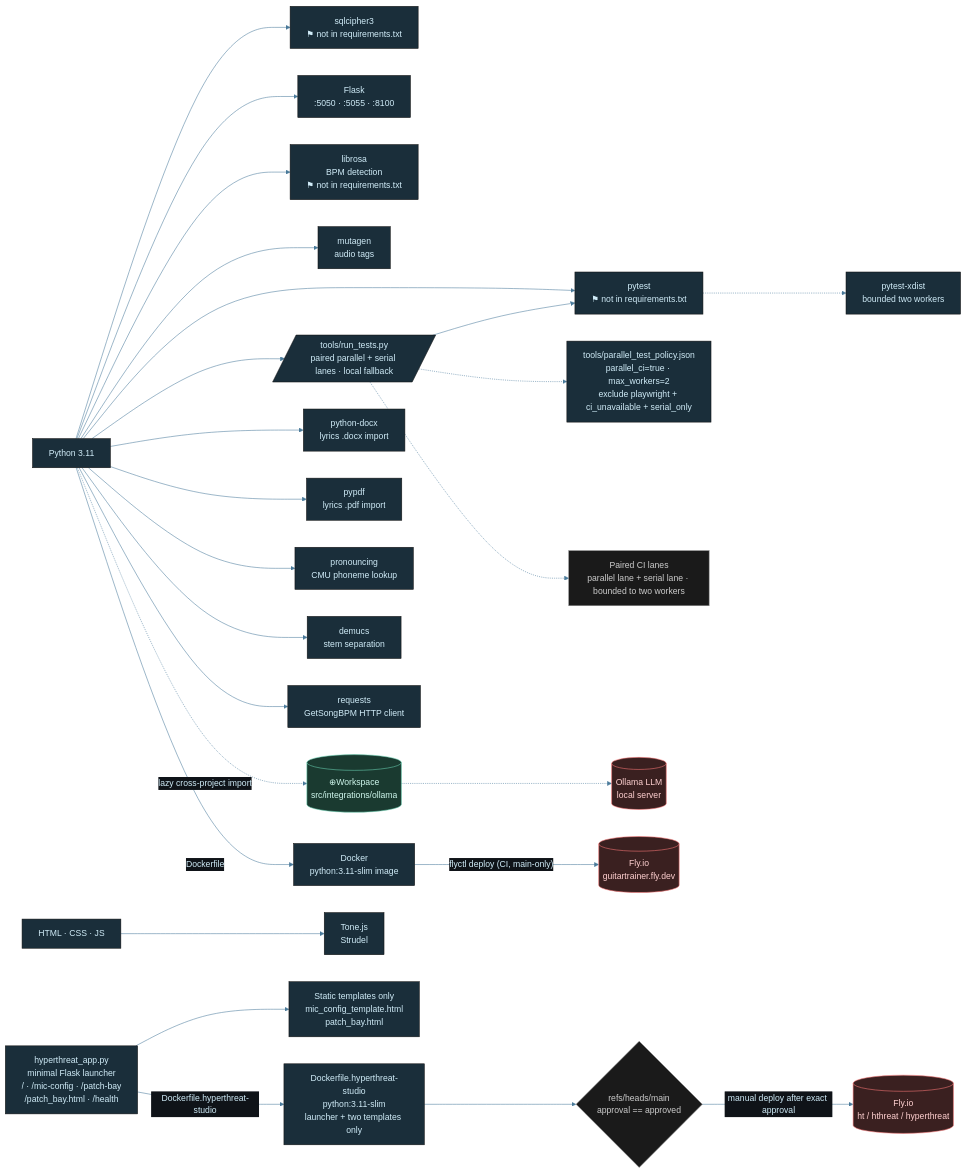
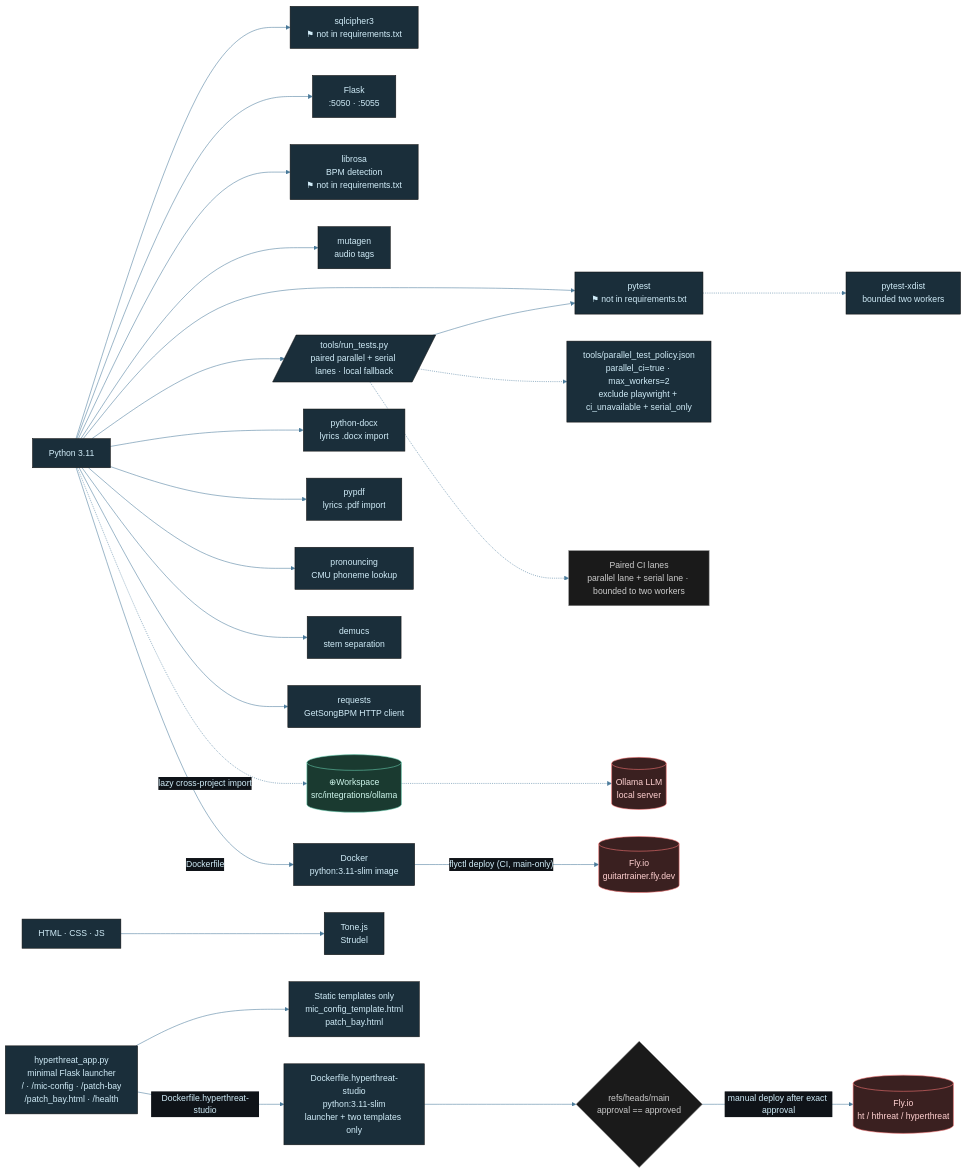
Before and after one commit to tylerdrakemusic/Music: the diagram in diagrams/music-tech-stack.mmd, drawn with Mermaid. The commit also changed 36 other files, not shown here.

```diff
--- a/diagrams/music-tech-stack.mmd
+++ b/diagrams/music-tech-stack.mmd
@@ -1,47 +1,47 @@
 %%{init: {'theme': 'base', 'themeVariables': {'primaryColor': '#1a2e3a', 'primaryTextColor': '#d0ecf8', 'edgeLabelBackground': '#0f1318', 'lineColor': '#4a7a9a'}}}%%
 graph LR
     Python[Python 3.11] --> SQLCipher["sqlcipher3<br/>⚑ not in requirements.txt"]
-    Python --> Flask[Flask<br/>:5050 · :5055 · :8100]
+    Python --> Flask[Flask<br/>:5050 · :5055]
     Python --> Librosa["librosa<br/>BPM detection<br/>⚑ not in requirements.txt"]
     Python --> Mutagen[mutagen<br/>audio tags]
     Python --> Pytest["pytest<br/>⚑ not in requirements.txt"]
     Python --> TestRunner[/tools/run_tests.py<br/>paired parallel + serial lanes · local fallback/]
     TestRunner --> Pytest
     TestRunner -.-> TestPolicy[tools/parallel_test_policy.json<br/>parallel_ci=true · max_workers=2<br/>exclude playwright + ci_unavailable + serial_only]
     Pytest -.-> Xdist[pytest-xdist<br/>bounded two workers]
     TestRunner -.-> ParallelEvidence[Paired CI lanes<br/>parallel lane + serial lane · bounded to two workers]
     Python --> PythonDocx[python-docx<br/>lyrics .docx import]
     Python --> Pypdf[pypdf<br/>lyrics .pdf import]
     Python --> Pronouncing[pronouncing<br/>CMU phoneme lookup]
     Python --> Demucs[demucs<br/>stem separation]
     Python --> Requests[requests<br/>GetSongBPM HTTP client]
     Web[HTML · CSS · JS] --> Tone[Tone.js<br/>Strudel]
     Python -.->|lazy cross-project import| WSOllama[(⊕Workspace<br/>src/integrations/ollama)]
     WSOllama -.-> Ollama[(Ollama LLM<br/>local server)]
     Python -->|Dockerfile| Docker[Docker<br/>python:3.11-slim image] -->|"flyctl deploy (CI, main-only)"| FlyIO[(Fly.io<br/>guitartrainer.fly.dev)]
     HyperthreatLauncher["hyperthreat_app.py<br/>minimal Flask launcher<br/>/ · /mic-config · /patch-bay<br/>/patch_bay.html · /health"]
     HyperthreatTemplates["Static templates only<br/>mic_config_template.html<br/>patch_bay.html"]
     HyperthreatDocker["Dockerfile.hyperthreat-studio<br/>python:3.11-slim<br/>launcher + two templates only"]
     HyperthreatGate{"refs/heads/main<br/>approval == approved"}
     HyperthreatFly[(Fly.io<br/>ht / hthreat / hyperthreat)]
     HyperthreatLauncher --> HyperthreatTemplates
     HyperthreatLauncher -->|"Dockerfile.hyperthreat-studio"| HyperthreatDocker
     HyperthreatDocker --> HyperthreatGate
     HyperthreatGate -->|"manual deploy after exact approval"| HyperthreatFly
     class Python,Web lang
     class SQLCipher,Flask,Librosa,Mutagen,Pytest,TestRunner,TestPolicy,Xdist,Tone,PythonDocx,Pypdf,Pronouncing,Demucs,Requests lib
     class ParallelEvidence state
     class WSOllama ws
     class Ollama,FlyIO,HyperthreatFly ext
     class HyperthreatLauncher,HyperthreatTemplates,HyperthreatDocker svc
     class HyperthreatGate state
 
 classDef life     fill:#1a2e3a,stroke:#6ab4d4,color:#d0ecf8
 classDef music    fill:#3a1a24,stroke:#d47a8f,color:#f8d0dc
 classDef quantum  fill:#251a3a,stroke:#a07adf,color:#e8d0f8
 classDef manifest fill:#3a2e1a,stroke:#d4a96a,color:#f8ead0
 classDef ws       fill:#1a3a30,stroke:#6ad4b4,color:#d0f8ee
 classDef tyler    fill:#2a1a3a,stroke:#9e4aff,color:#fff
 classDef ext      fill:#3a2020,stroke:#ff7a7a,color:#ffd0d0
 classDef db       fill:#3a3010,stroke:#d4c050,color:#f8f0c0
 classDef state    fill:#1a1a1a,stroke:#888888,color:#cccccc
```
